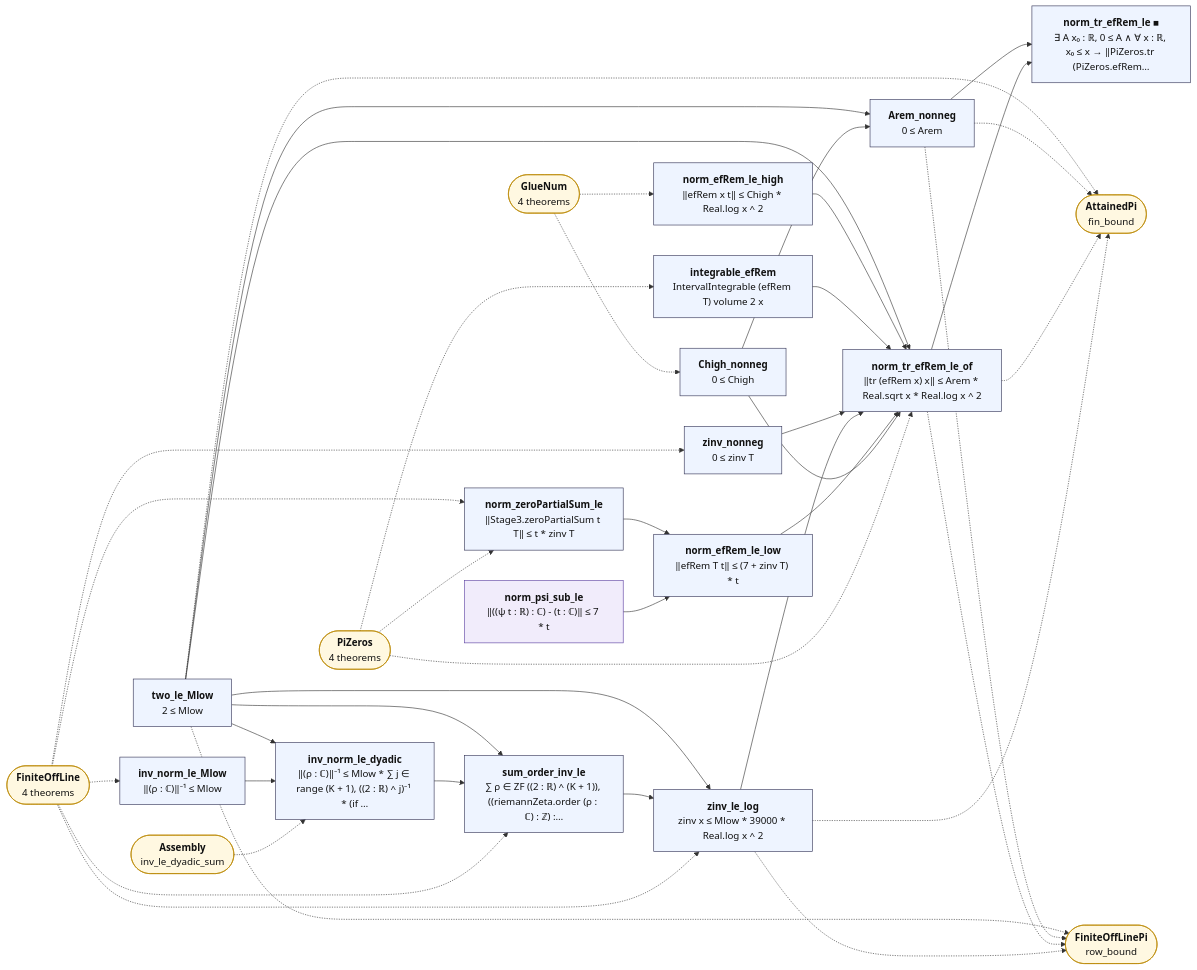
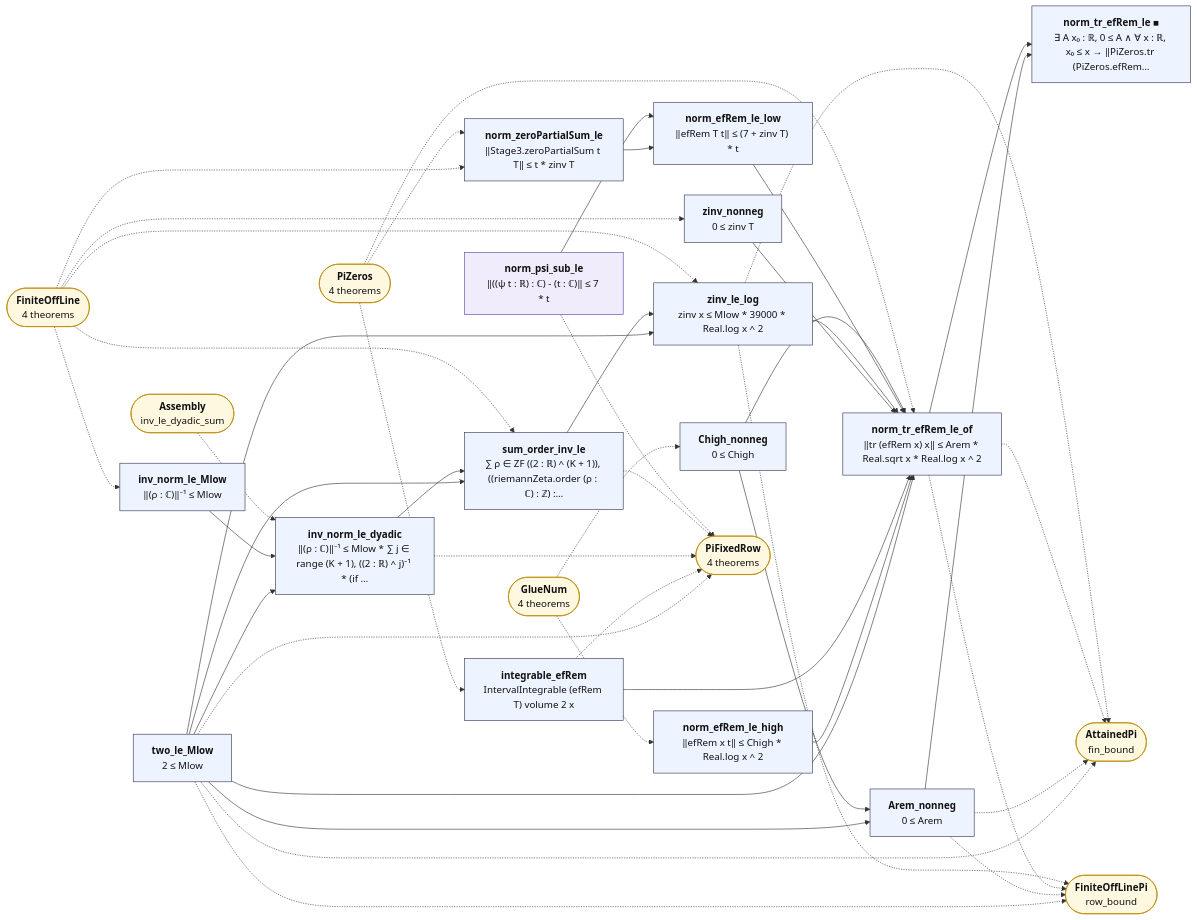
One commit to juliansambranojr/Primebeat_081426 changed the diagram in map/lean_stage3/PiRemainder.mmd. Above: the diagram before and after it, drawn with Mermaid. The commit also changed 46 other files, not shown here.

```diff
--- a/map/lean_stage3/PiRemainder.mmd
+++ b/map/lean_stage3/PiRemainder.mmd
@@ -1,68 +1,74 @@
 flowchart LR
   n0["<b>two_le_Mlow</b><br/>2 ≤ Mlow"]:::thm
   n1["<b>inv_norm_le_Mlow</b><br/>‖(ρ : ℂ)‖⁻¹ ≤ Mlow"]:::thm
   n2["<b>inv_norm_le_dyadic</b><br/>‖(ρ : ℂ)‖⁻¹ ≤ Mlow * ∑ j ∈ range (K + 1), ((2 : ℝ) ^ j)⁻¹ * (if …"]:::thm
   n3["<b>sum_order_inv_le</b><br/>∑ ρ ∈ ZF ((2 : ℝ) ^ (K + 1)), ((riemannZeta.order (ρ : ℂ) : ℤ) :…"]:::thm
   n4["<b>zinv_nonneg</b><br/>0 ≤ zinv T"]:::thm
   n5["<b>zinv_le_log</b><br/>zinv x ≤ Mlow * 39000 * Real.log x ^ 2"]:::thm
   n6["<b>norm_zeroPartialSum_le</b><br/>‖Stage3.zeroPartialSum t T‖ ≤ t * zinv T"]:::thm
   n7["<b>norm_psi_sub_le</b><br/>‖((ψ t : ℝ) : ℂ) - (t : ℂ)‖ ≤ 7 * t"]:::shp
   n8["<b>norm_efRem_le_low</b><br/>‖efRem T t‖ ≤ (7 + zinv T) * t"]:::thm
   n9["<b>Chigh_nonneg</b><br/>0 ≤ Chigh"]:::thm
   n10["<b>norm_efRem_le_high</b><br/>‖efRem x t‖ ≤ Chigh * Real.log x ^ 2"]:::thm
   n11["<b>integrable_efRem</b><br/>IntervalIntegrable (efRem T) volume 2 x"]:::thm
   n12["<b>Arem_nonneg</b><br/>0 ≤ Arem"]:::thm
   n13["<b>norm_tr_efRem_le_of</b><br/>‖tr (efRem x) x‖ ≤ Arem * Real.sqrt x * Real.log x ^ 2"]:::thm
   n14["<b>norm_tr_efRem_le ■</b><br/>∃ A x₀ : ℝ, 0 ≤ A ∧ ∀ x : ℝ, x₀ ≤ x → ‖PiZeros.tr (PiZeros.efRem…"]:::thm
   x0(["<b>AttainedPi</b><br/>fin_bound"]):::ext
   x1(["<b>FiniteOffLinePi</b><br/>row_bound"]):::ext
-  x2(["<b>FiniteOffLine</b><br/>4 theorems"]):::ext
-  x3(["<b>Assembly</b><br/>inv_le_dyadic_sum"]):::ext
-  x4(["<b>PiZeros</b><br/>4 theorems"]):::ext
-  x5(["<b>GlueNum</b><br/>4 theorems"]):::ext
+  x2(["<b>PiFixedRow</b><br/>4 theorems"]):::ext
+  x3(["<b>FiniteOffLine</b><br/>4 theorems"]):::ext
+  x4(["<b>Assembly</b><br/>inv_le_dyadic_sum"]):::ext
+  x5(["<b>PiZeros</b><br/>4 theorems"]):::ext
+  x6(["<b>GlueNum</b><br/>4 theorems"]):::ext
   n0 --> n12
   n0 --> n13
   n0 --> n2
   n0 --> n3
   n0 --> n5
   n1 --> n2
   n10 --> n13
   n11 --> n13
   n12 --> n14
   n13 --> n14
   n2 --> n3
   n3 --> n5
   n4 --> n13
   n5 --> n13
   n6 --> n8
   n7 --> n8
   n8 --> n13
   n9 --> n12
   n9 --> n13
   n0 -.-> x0
   n0 -.-> x1
+  n0 -.-> x2
+  n11 -.-> x2
   n12 -.-> x0
   n12 -.-> x1
   n13 -.-> x0
   n13 -.-> x1
+  n2 -.-> x2
+  n3 -.-> x2
   n5 -.-> x0
   n5 -.-> x1
-  x2 -.-> n1
-  x2 -.-> n3
-  x2 -.-> n4
-  x2 -.-> n5
-  x2 -.-> n6
-  x3 -.-> n2
-  x4 -.-> n11
-  x4 -.-> n13
-  x4 -.-> n6
-  x5 -.-> n10
-  x5 -.-> n9
+  n7 -.-> x2
+  x3 -.-> n1
+  x3 -.-> n3
+  x3 -.-> n4
+  x3 -.-> n5
+  x3 -.-> n6
+  x4 -.-> n2
+  x5 -.-> n11
+  x5 -.-> n13
+  x5 -.-> n6
+  x6 -.-> n10
+  x6 -.-> n9
   classDef cnt fill:#dff5ec,stroke:#17694a,color:#111
   classDef shp fill:#f1ecfb,stroke:#5b3fa0,color:#111
   classDef rh fill:#ffe5e5,stroke:#c22,color:#111,stroke-width:2px
   classDef thm fill:#eef4ff,stroke:#335,color:#111
   classDef end_ fill:#e7f7e7,stroke:#2a7,color:#111,stroke-width:2px
   classDef lone fill:#fff,stroke:#999,color:#111,stroke-dasharray:4 3
   classDef bad fill:#ffe5e5,stroke:#c22,color:#111,stroke-width:2px
   classDef ext fill:#fff8e1,stroke:#b80,color:#111
```
